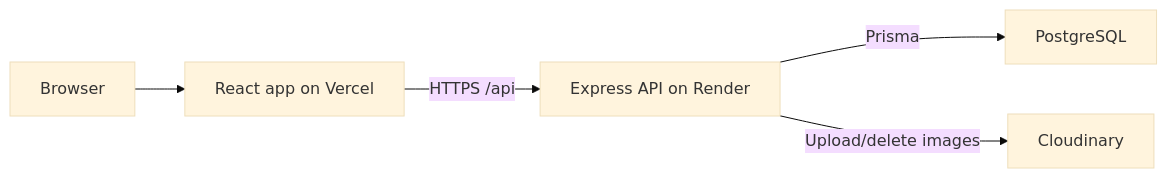
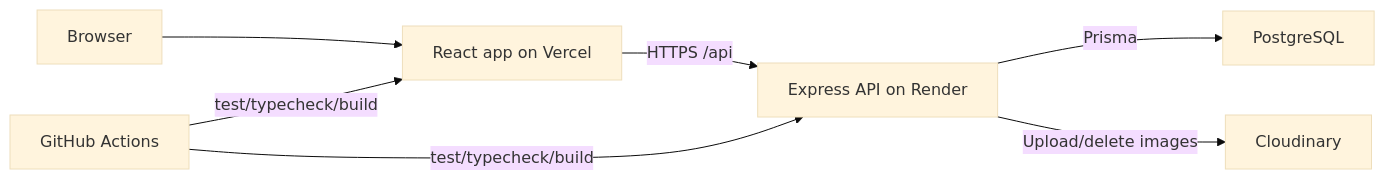
The diagram in README.md (char704/gallery), drawn with Mermaid (base theme) before and after one commit. The commit also changed other lines of this file and 1 other file, not shown here.

````diff
--- a/README.md
+++ b/README.md
@@ -20,7 +33,9 @@
 ```mermaid
 flowchart LR
   Browser["Browser"] --> Client["React app on Vercel"]
   Client -->|"HTTPS /api"| Server["Express API on Render"]
   Server -->|"Prisma"| DB["PostgreSQL"]
   Server -->|"Upload/delete images"| Cloudinary["Cloudinary"]
+  GitHub["GitHub Actions"] -->|"test/typecheck/build"| Client
+  GitHub -->|"test/typecheck/build"| Server
 ```
````
